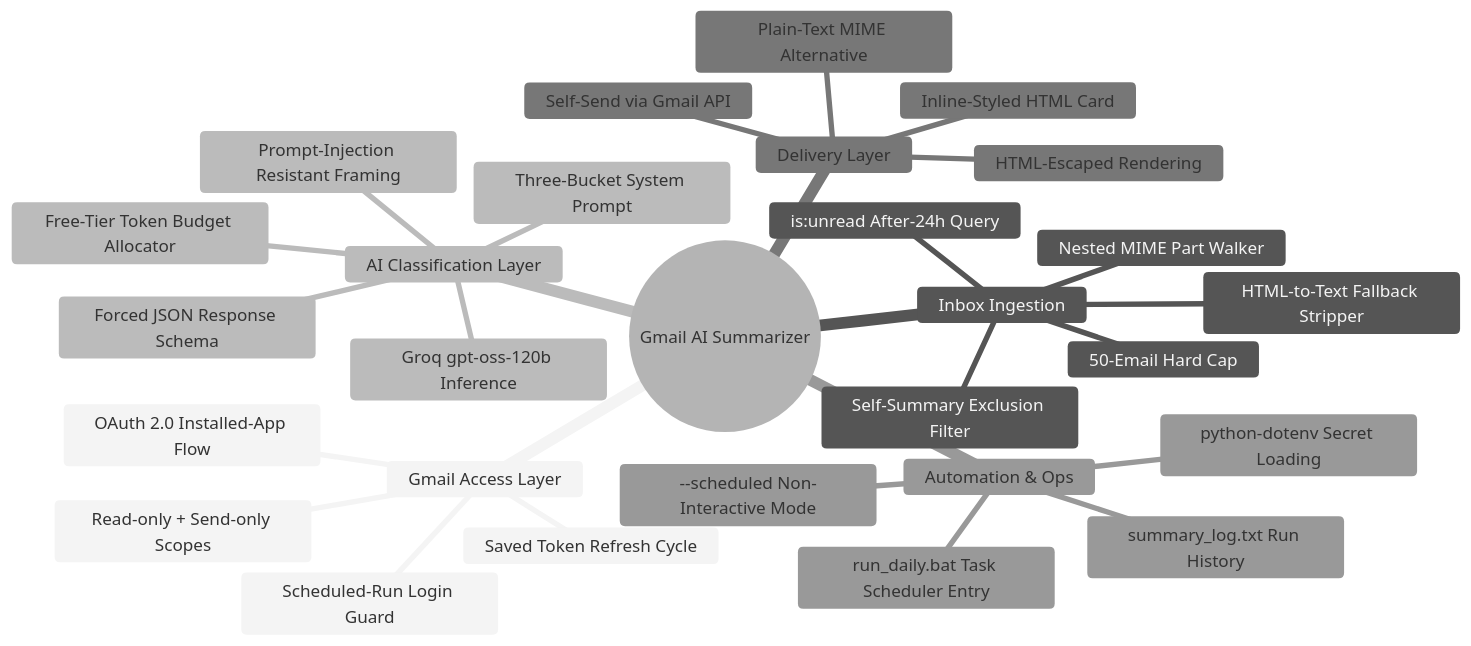
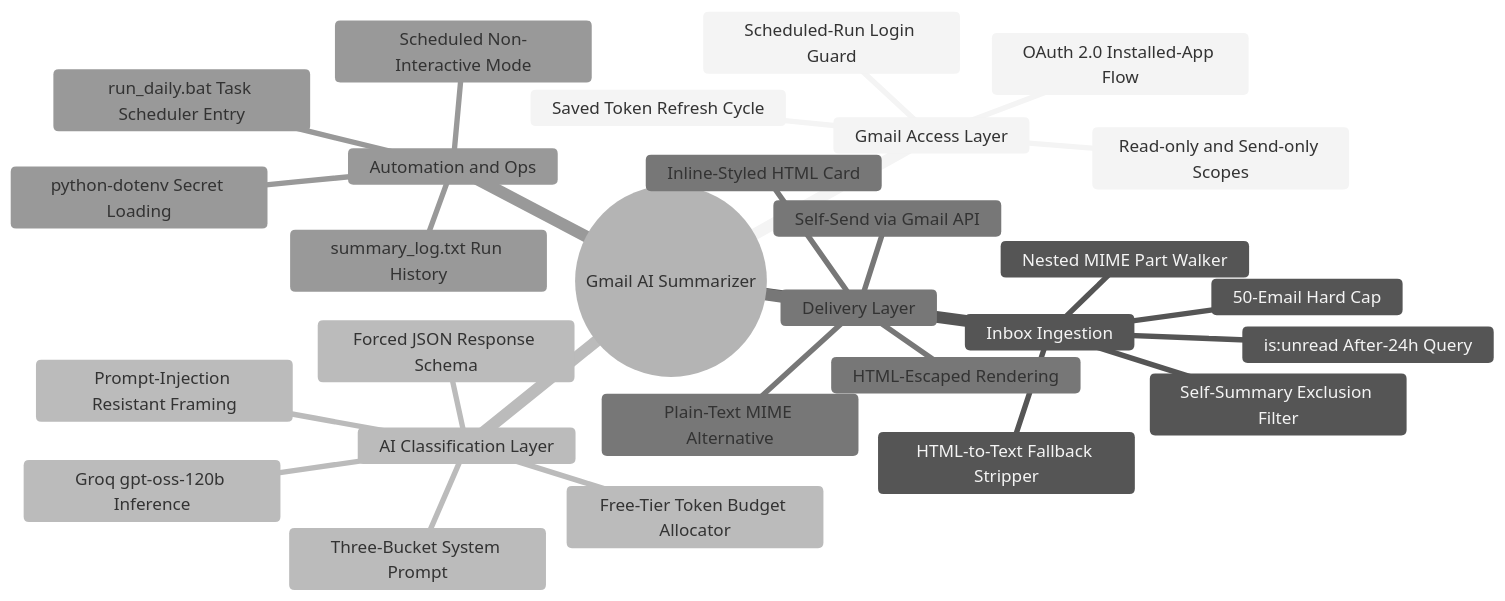
The first of 4 diagrams in README.md (buildwithranvir/gmail-ai-summarizer), drawn with Mermaid (neutral theme) before and after one commit. The commit also changed other lines of this file, not shown here.

````diff
--- a/README.md
+++ b/README.md
@@ -55,31 +55,31 @@
 ```mermaid
 mindmap
   root((Gmail AI Summarizer))
     Gmail Access Layer
       OAuth 2.0 Installed-App Flow
-      Read-only + Send-only Scopes
+      Read-only and Send-only Scopes
       Saved Token Refresh Cycle
       Scheduled-Run Login Guard
     Inbox Ingestion
       is:unread After-24h Query
       Self-Summary Exclusion Filter
       Nested MIME Part Walker
       HTML-to-Text Fallback Stripper
       50-Email Hard Cap
     AI Classification Layer
       Groq gpt-oss-120b Inference
       Three-Bucket System Prompt
       Prompt-Injection Resistant Framing
       Forced JSON Response Schema
       Free-Tier Token Budget Allocator
     Delivery Layer
       Plain-Text MIME Alternative
       Inline-Styled HTML Card
       HTML-Escaped Rendering
       Self-Send via Gmail API
-    Automation & Ops
+    Automation and Ops
       run_daily.bat Task Scheduler Entry
-      --scheduled Non-Interactive Mode
+      Scheduled Non-Interactive Mode
       summary_log.txt Run History
       python-dotenv Secret Loading
 ```
````
